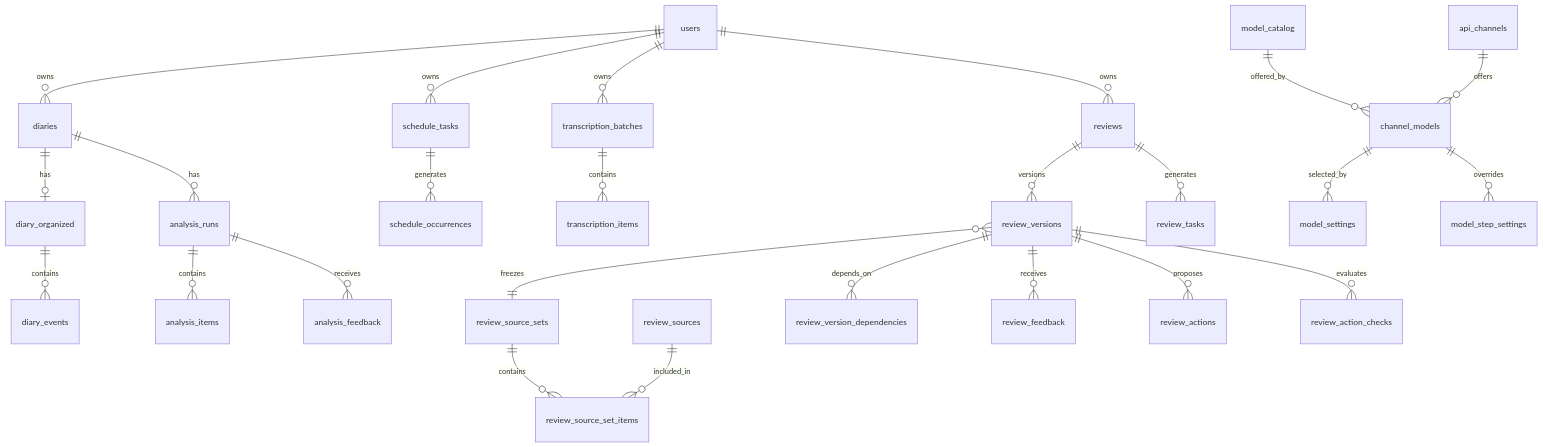
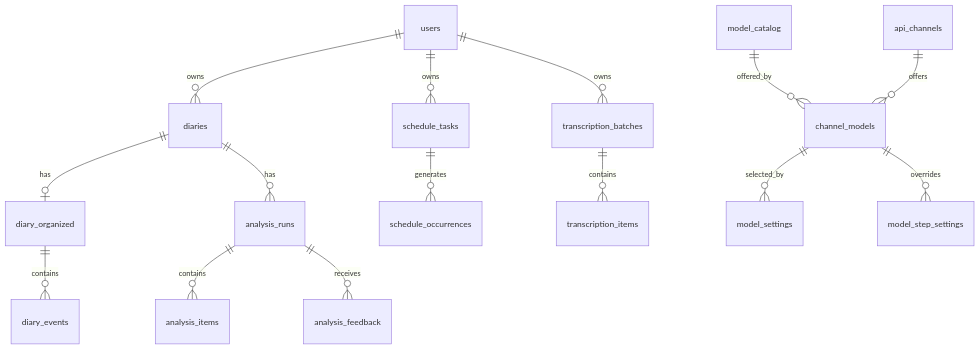
The eighth of 8 diagrams in docs/系统设计/数据库设计.md (x54256/diary-platform), drawn with Mermaid before and after one commit. The commit also changed other lines of this file and 3968 other files, not shown here.

````diff
--- a/docs/系统设计/数据库设计.md
+++ b/docs/系统设计/数据库设计.md
@@ -388,27 +365,17 @@
 ```mermaid
 erDiagram
     users ||--o{ diaries : owns
     diaries ||--o| diary_organized : has
     diary_organized ||--o{ diary_events : contains
     diaries ||--o{ analysis_runs : has
     analysis_runs ||--o{ analysis_items : contains
     analysis_runs ||--o{ analysis_feedback : receives
     users ||--o{ schedule_tasks : owns
     schedule_tasks ||--o{ schedule_occurrences : generates
     users ||--o{ transcription_batches : owns
     transcription_batches ||--o{ transcription_items : contains
     model_catalog ||--o{ channel_models : offered_by
     api_channels ||--o{ channel_models : offers
     channel_models ||--o{ model_settings : selected_by
     channel_models ||--o{ model_step_settings : overrides
-    users ||--o{ reviews : owns
-    reviews ||--o{ review_versions : versions
-    reviews ||--o{ review_tasks : generates
-    review_versions }o--|| review_source_sets : freezes
-    review_source_sets ||--o{ review_source_set_items : contains
-    review_sources ||--o{ review_source_set_items : included_in
-    review_versions ||--o{ review_version_dependencies : depends_on
-    review_versions ||--o{ review_feedback : receives
-    review_versions ||--o{ review_actions : proposes
-    review_versions ||--o{ review_action_checks : evaluates
 ```
````
